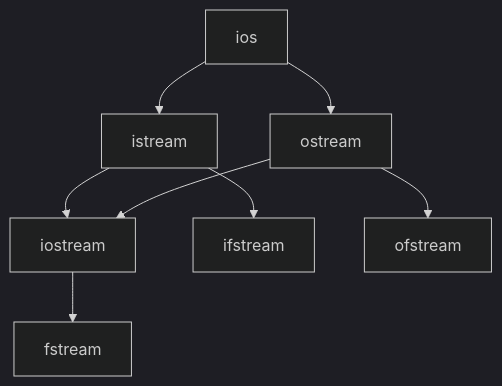
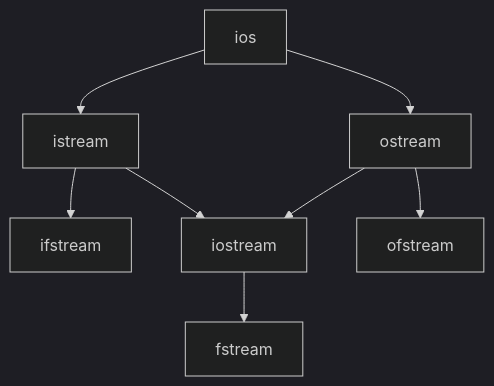
Before and after one commit to vansh-codes/Complete-Interview-Preparation-GFG: the diagram in 1_Programming-Language/Advanced/Videos/4_file_handling.md, drawn with Mermaid (dark theme). The commit also changed other lines of this file, not shown here.

````diff
--- a/1_Programming-Language/Advanced/Videos/4_file_handling.md
+++ b/1_Programming-Language/Advanced/Videos/4_file_handling.md
@@ -20,11 +20,11 @@
 ```mermaid
 flowchart TD
     A[ios] -->
     B[istream] 
+    B --> D[ifstream]
     B -->  E[iostream]
     A --> C[ostream]
     C --> E
-    B --> D[ifstream]
     C --> F[ofstream]
     E --> G[fstream]
 ```
````
